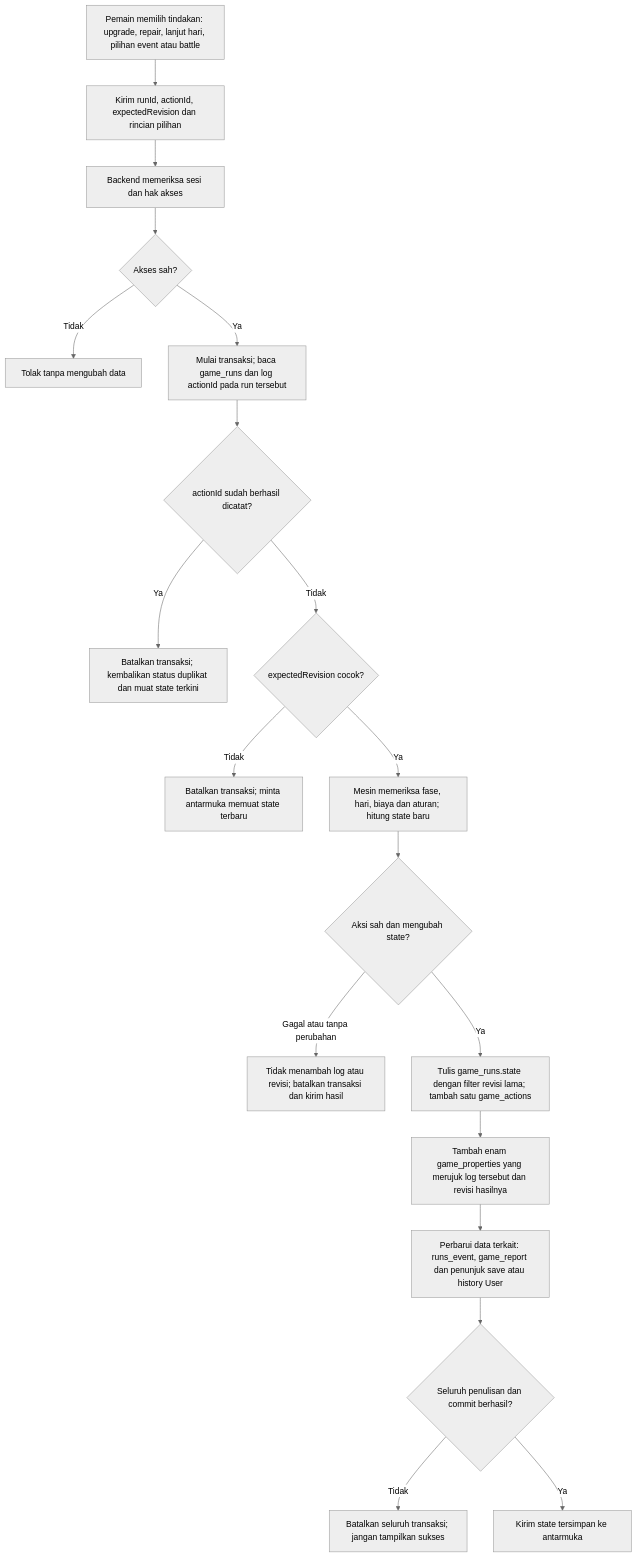
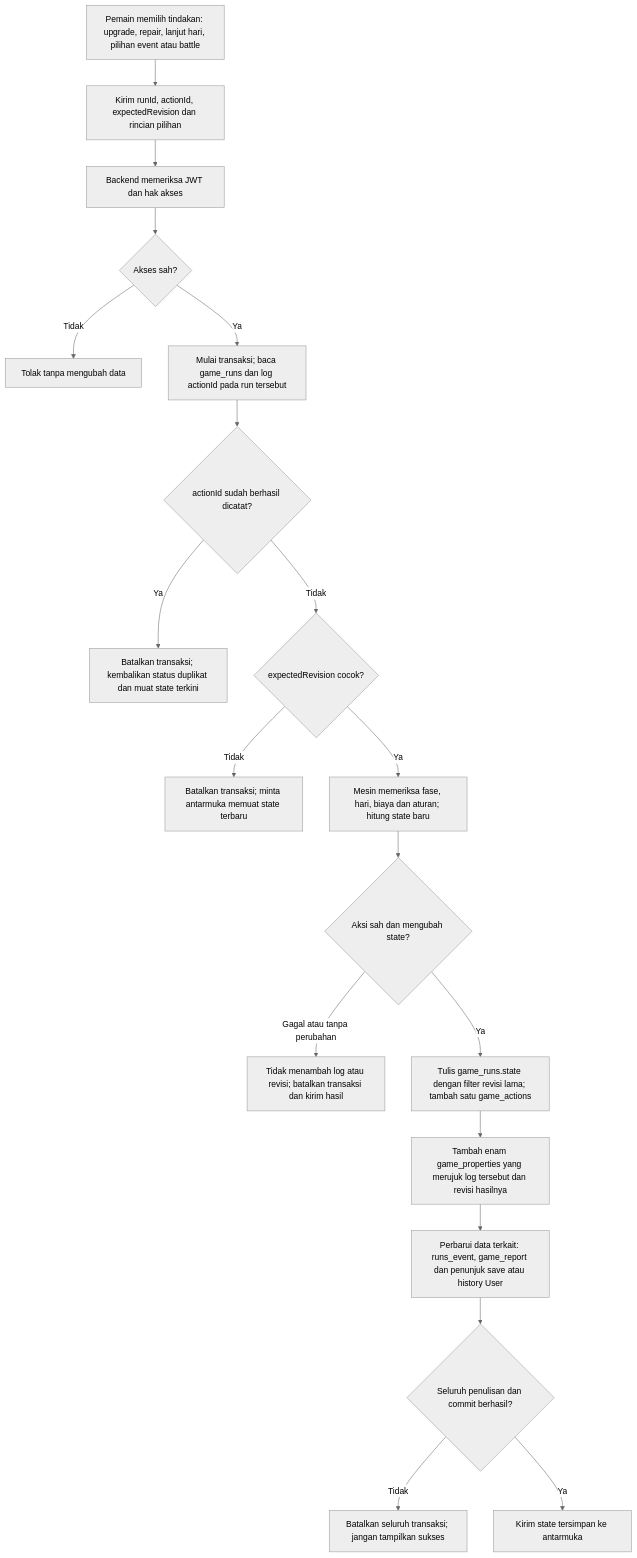
Before and after one commit to Three-Musketeers-Hacktiv/Final-Project: the second of 6 diagrams in docs/database/FLOW_DATABASE.md, drawn with Mermaid (neutral theme). The commit also changed other lines of this file and 5 other files, not shown here.

````diff
--- a/docs/database/FLOW_DATABASE.md
+++ b/docs/database/FLOW_DATABASE.md
@@ -48,21 +48,21 @@
 ```mermaid
 flowchart TD
     A[Pemain memilih tindakan: upgrade, repair, lanjut hari, pilihan event atau battle] --> B[Kirim runId, actionId, expectedRevision dan rincian pilihan]
-    B --> C[Backend memeriksa sesi dan hak akses]
+    B --> C[Backend memeriksa JWT dan hak akses]
     C --> D{Akses sah?}
     D -->|Tidak| E[Tolak tanpa mengubah data]
     D -->|Ya| F[Mulai transaksi; baca game_runs dan log actionId pada run tersebut]
     F --> G{actionId sudah berhasil dicatat?}
     G -->|Ya| H[Batalkan transaksi; kembalikan status duplikat dan muat state terkini]
     G -->|Tidak| I{expectedRevision cocok?}
     I -->|Tidak| J[Batalkan transaksi; minta antarmuka memuat state terbaru]
     I -->|Ya| K[Mesin memeriksa fase, hari, biaya dan aturan; hitung state baru]
     K --> L{Aksi sah dan mengubah state?}
     L -->|Gagal atau tanpa perubahan| M[Tidak menambah log atau revisi; batalkan transaksi dan kirim hasil]
     L -->|Ya| N[Tulis game_runs.state dengan filter revisi lama; tambah satu game_actions]
     N --> O[Tambah enam game_properties yang merujuk log tersebut dan revisi hasilnya]
     O --> P[Perbarui data terkait: runs_event, game_report dan penunjuk save atau history User]
     P --> Q{Seluruh penulisan dan commit berhasil?}
     Q -->|Tidak| R[Batalkan seluruh transaksi; jangan tampilkan sukses]
     Q -->|Ya| S[Kirim state tersimpan ke antarmuka]
 ```
````
